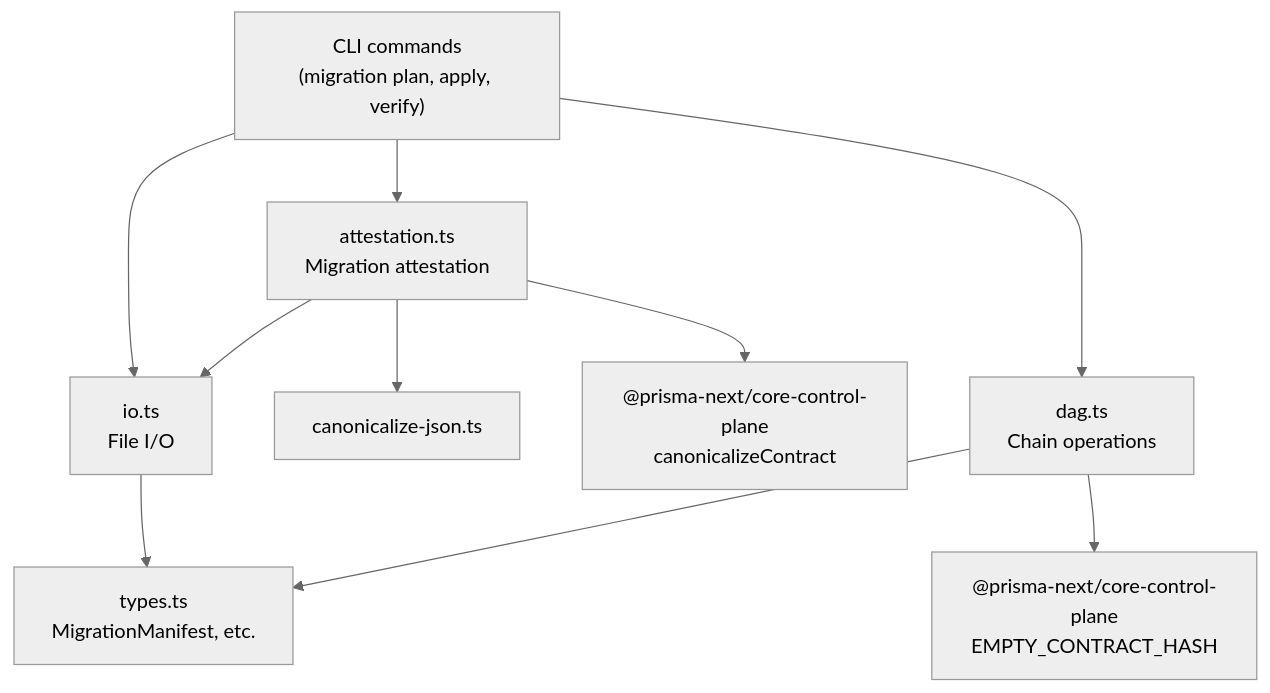
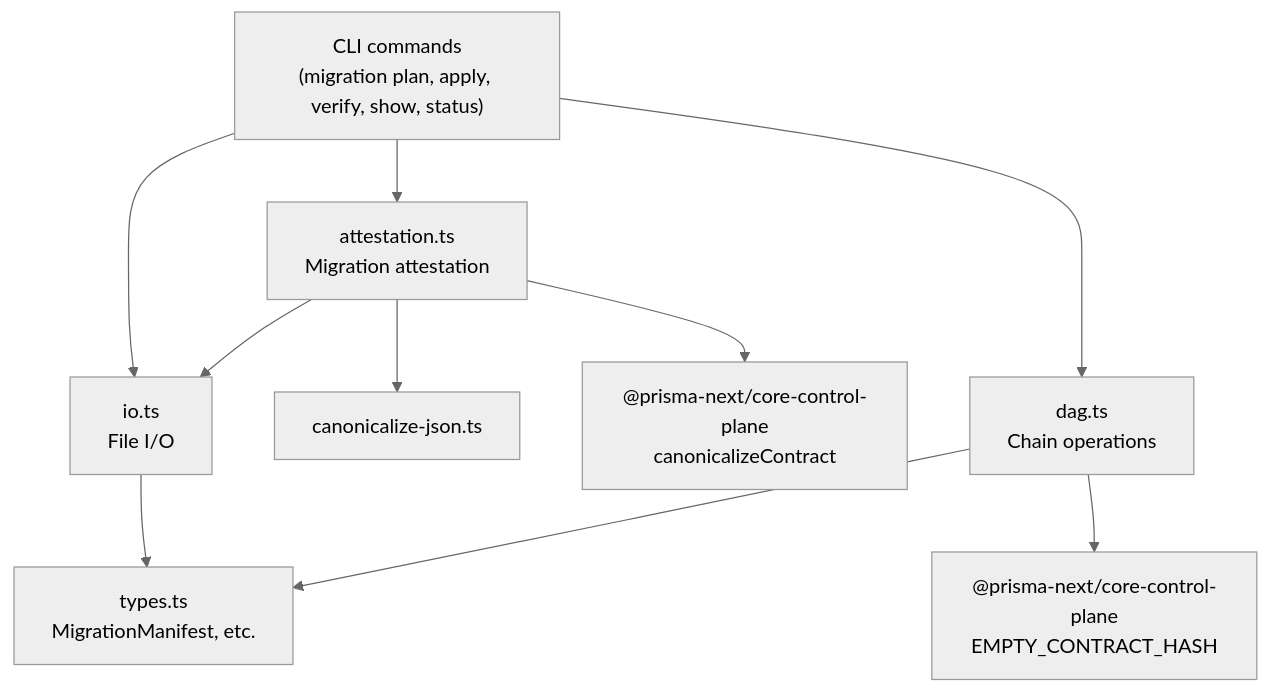
One commit to prisma/prisma-next changed the diagram in packages/1-framework/3-tooling/migration/README.md. Above: the diagram before and after it, drawn with Mermaid (neutral theme). The commit also changed 3 other files, not shown here.

````diff
--- a/packages/1-framework/3-tooling/migration/README.md
+++ b/packages/1-framework/3-tooling/migration/README.md
@@ -33,12 +33,12 @@
 ```mermaid
 graph TD
-    CLI["CLI commands<br/>(migration plan, apply, verify)"] --> IO["io.ts<br/>File I/O"]
+    CLI["CLI commands<br/>(migration plan, apply, verify, show, status)"] --> IO["io.ts<br/>File I/O"]
     CLI --> ATT["attestation.ts<br/>Migration attestation"]
     CLI --> DAG["dag.ts<br/>Chain operations"]
     IO --> TYPES["types.ts<br/>MigrationManifest, etc."]
     ATT --> IO
     ATT --> CAN["canonicalize-json.ts"]
     ATT --> CP["@prisma-next/core-control-plane<br/>canonicalizeContract"]
     DAG --> TYPES
     DAG --> ABS["@prisma-next/core-control-plane<br/>EMPTY_CONTRACT_HASH"]
 ```
````
